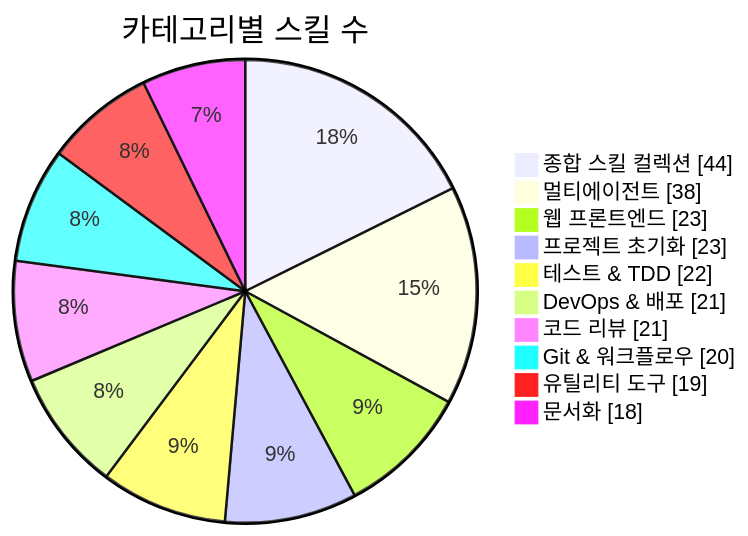
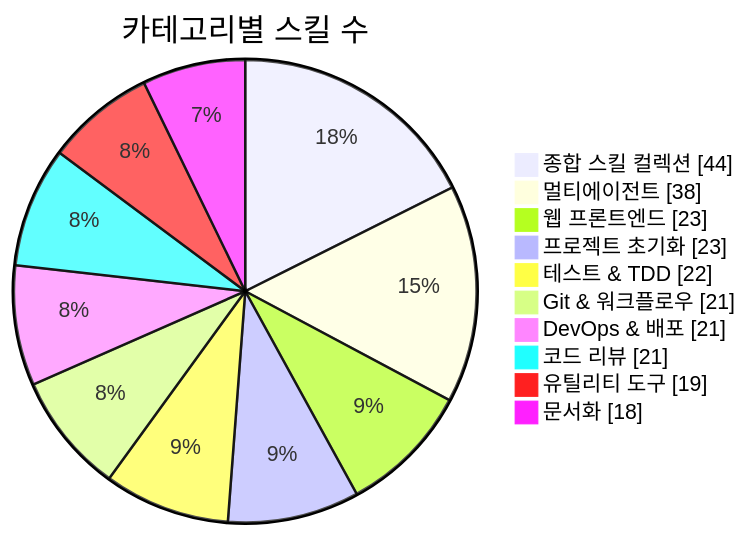
One commit to J-nowcow/awesome-korean-agent-skills changed the first of 3 diagrams in README.md. Above: the diagram before and after it, drawn with Mermaid. The commit also changed other lines of this file and 4 other files, not shown here.

````diff
--- a/README.md
+++ b/README.md
@@ -176,14 +176,14 @@
 ```mermaid
 pie showData
     title 카테고리별 스킬 수
     "종합 스킬 컬렉션" : 44
     "멀티에이전트" : 38
     "웹 프론트엔드" : 23
     "프로젝트 초기화" : 23
     "테스트 & TDD" : 22
+    "Git & 워크플로우" : 21
     "DevOps & 배포" : 21
     "코드 리뷰" : 21
-    "Git & 워크플로우" : 20
     "유틸리티 도구" : 19
     "문서화" : 18
 ```
````
